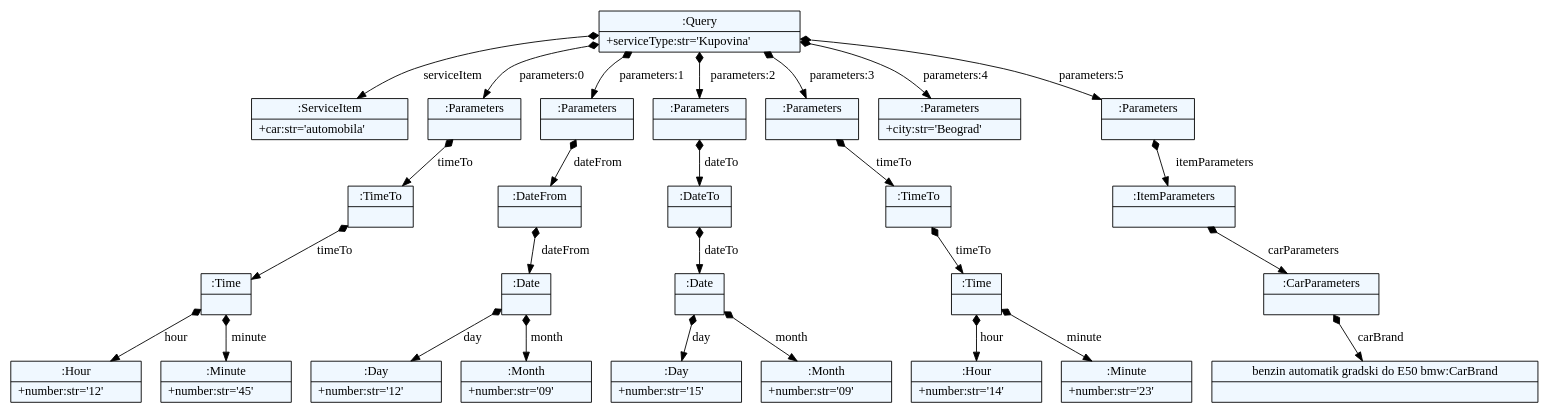
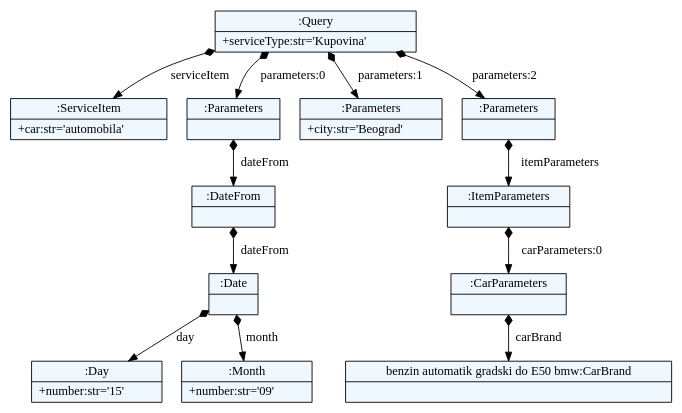
The diagram in textXGrammar/test.dot (ftnE2-tim1-2016-17/jsd), drawn with Graphviz before and after one commit. The commit also changed 7 other files, not shown here.

```diff
--- a/textXGrammar/test.dot
+++ b/textXGrammar/test.dot
@@ -1,69 +1,39 @@
 
     digraph xtext {
     fontname = "Bitstream Vera Sans"
     fontsize = 8
     node[
         shape=record,
         style=filled,
         fillcolor=aliceblue
     ]
     nodesep = 0.3
     edge[dir=black,arrowtail=empty]
 
 
-74259728 -> 74259824 [label="serviceItem" arrowtail=diamond dir=both]
-74259824[label="{:ServiceItem|+car:str='automobila'\l}"]
-74259728 -> 74266288 [label="parameters:0" arrowtail=diamond dir=both]
-74266288 -> 74266064 [label="timeTo" arrowtail=diamond dir=both]
-74266064 -> 74266480 [label="timeTo" arrowtail=diamond dir=both]
-74266480 -> 74266448 [label="hour" arrowtail=diamond dir=both]
-74266448[label="{:Hour|+number:str='12'\l}"]
-74266480 -> 74266384 [label="minute" arrowtail=diamond dir=both]
-74266384[label="{:Minute|+number:str='45'\l}"]
-74266480[label="{:Time|}"]
-74266064[label="{:TimeTo|}"]
-74266288[label="{:Parameters|}"]
-74259728 -> 74266128 [label="parameters:1" arrowtail=diamond dir=both]
-74266128 -> 74260144 [label="dateFrom" arrowtail=diamond dir=both]
-74260144 -> 74266544 [label="dateFrom" arrowtail=diamond dir=both]
-74266544 -> 74266896 [label="day" arrowtail=diamond dir=both]
-74266896[label="{:Day|+number:str='12'\l}"]
-74266544 -> 74266832 [label="month" arrowtail=diamond dir=both]
-74266832[label="{:Month|+number:str='09'\l}"]
-74266544[label="{:Date|}"]
-74260144[label="{:DateFrom|}"]
-74266128[label="{:Parameters|}"]
-74259728 -> 74258352 [label="parameters:2" arrowtail=diamond dir=both]
-74258352 -> 74266512 [label="dateTo" arrowtail=diamond dir=both]
-74266512 -> 74266864 [label="dateTo" arrowtail=diamond dir=both]
-74266864 -> 74266992 [label="day" arrowtail=diamond dir=both]
-74266992[label="{:Day|+number:str='15'\l}"]
-74266864 -> 74267024 [label="month" arrowtail=diamond dir=both]
-74267024[label="{:Month|+number:str='09'\l}"]
-74266864[label="{:Date|}"]
-74266512[label="{:DateTo|}"]
-74258352[label="{:Parameters|}"]
-74259728 -> 74266640 [label="parameters:3" arrowtail=diamond dir=both]
-74266640 -> 74266800 [label="timeTo" arrowtail=diamond dir=both]
-74266800 -> 74267056 [label="timeTo" arrowtail=diamond dir=both]
-74267056 -> 74267088 [label="hour" arrowtail=diamond dir=both]
-74267088[label="{:Hour|+number:str='14'\l}"]
-74267056 -> 74267184 [label="minute" arrowtail=diamond dir=both]
-74267184[label="{:Minute|+number:str='23'\l}"]
-74267056[label="{:Time|}"]
-74266800[label="{:TimeTo|}"]
-74266640[label="{:Parameters|}"]
-74259728 -> 74266416 [label="parameters:4" arrowtail=diamond dir=both]
-74266416[label="{:Parameters|+city:str='Beograd'\l}"]
-74259728 -> 74266928 [label="parameters:5" arrowtail=diamond dir=both]
-74266928 -> 74266960 [label="itemParameters" arrowtail=diamond dir=both]
-74266960 -> 74267280 [label="carParameters" arrowtail=diamond dir=both]
-74267280 -> 74267344 [label="carBrand" arrowtail=diamond dir=both]
-74267344[label="{benzin automatik gradski do E50 bmw
+61749744 -> 61749584 [label="serviceItem" arrowtail=diamond dir=both]
+61749584[label="{:ServiceItem|+car:str='automobila'\l}"]
+61749744 -> 61749616 [label="parameters:0" arrowtail=diamond dir=both]
+61749616 -> 61748464 [label="dateFrom" arrowtail=diamond dir=both]
+61748464 -> 61747696 [label="dateFrom" arrowtail=diamond dir=both]
+61747696 -> 61750096 [label="day" arrowtail=diamond dir=both]
+61750096[label="{:Day|+number:str='15'\l}"]
+61747696 -> 61749840 [label="month" arrowtail=diamond dir=both]
+61749840[label="{:Month|+number:str='09'\l}"]
+61747696[label="{:Date|}"]
+61748464[label="{:DateFrom|}"]
+61749616[label="{:Parameters|}"]
+61749744 -> 61748752 [label="parameters:1" arrowtail=diamond dir=both]
+61748752[label="{:Parameters|+city:str='Beograd'\l}"]
+61749744 -> 61747792 [label="parameters:2" arrowtail=diamond dir=both]
+61747792 -> 61747888 [label="itemParameters" arrowtail=diamond dir=both]
+61747888 -> 61749904 [label="carParameters:0" arrowtail=diamond dir=both]
+61749904 -> 61749872 [label="carBrand" arrowtail=diamond dir=both]
+61749872[label="{benzin automatik gradski do E50 bmw
 :CarBrand|}"]
-74267280[label="{:CarParameters|}"]
-74266960[label="{:ItemParameters|}"]
-74266928[label="{:Parameters|}"]
-74259728[label="{:Query|+serviceType:str='Kupovina'\l}"]
+61749904[label="{:CarParameters|}"]
+61747888[label="{:ItemParameters|}"]
+61747792[label="{:Parameters|}"]
+61749744[label="{:Query|+serviceType:str='Kupovina'\l}"]
 
 }
```
